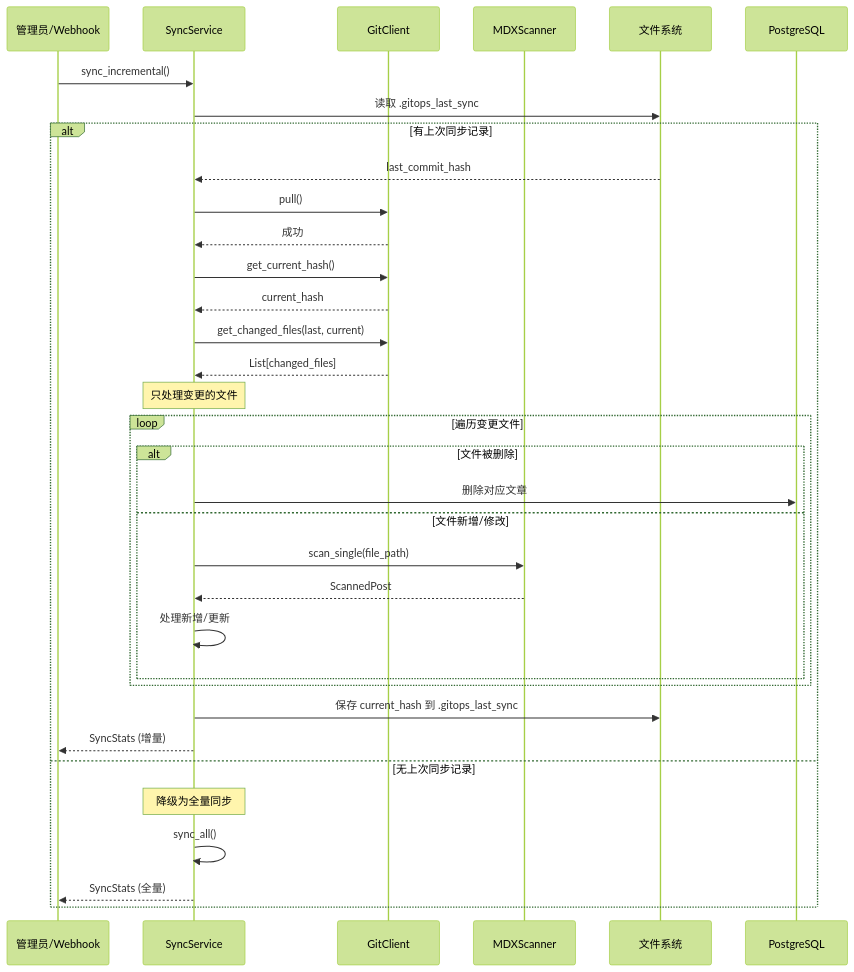
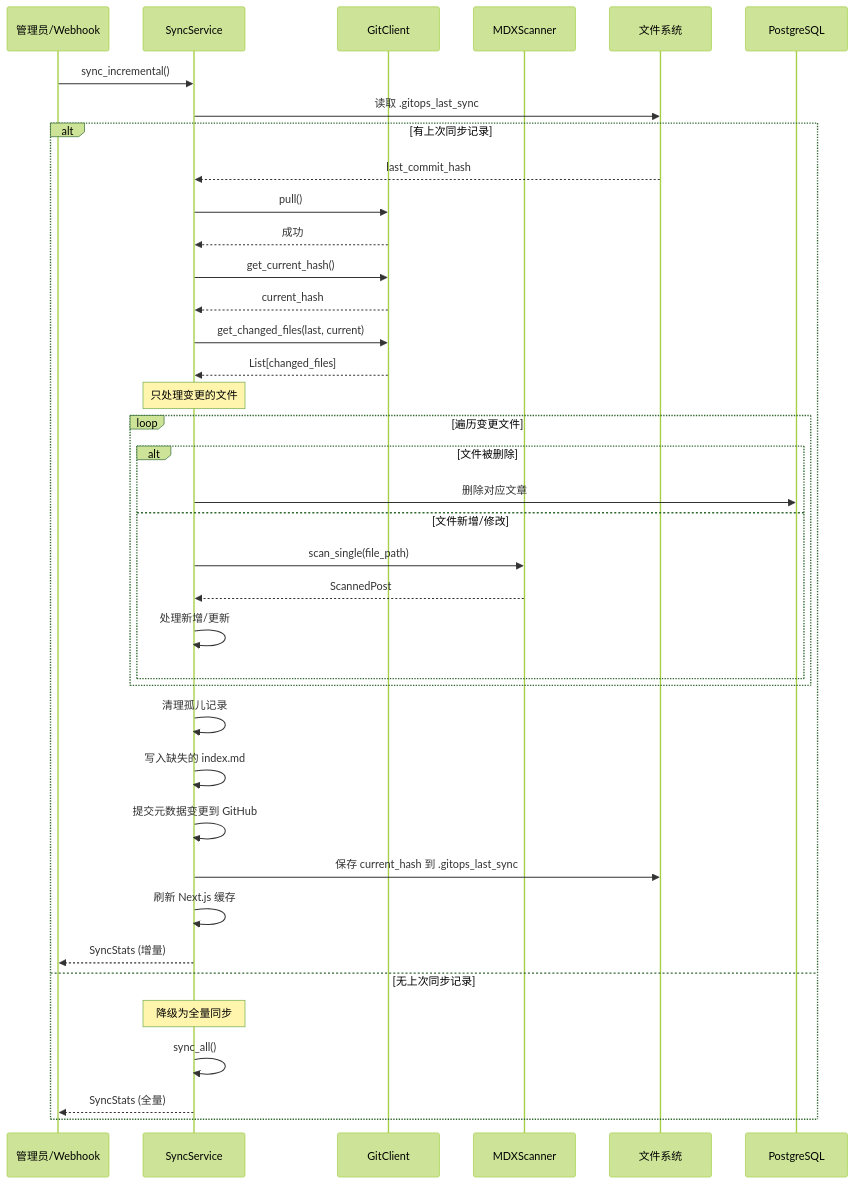
One commit to sumanin5/blog_fr changed the second of 4 diagrams in backend/app/git_ops/SYNC_FLOW_WITH_DI.md. Above: the diagram before and after it, drawn with Mermaid (forest theme). The commit also changed other lines of this file and 27 other files, not shown here.

````diff
--- a/backend/app/git_ops/SYNC_FLOW_WITH_DI.md
+++ b/backend/app/git_ops/SYNC_FLOW_WITH_DI.md
@@ -186,44 +189,48 @@
 ```mermaid
 sequenceDiagram
     participant User as 管理员/Webhook
     participant SyncSvc as SyncService
     participant GitClient as GitClient
     participant Scanner as MDXScanner
     participant FS as 文件系统
     participant DB as PostgreSQL
 
     User->>SyncSvc: sync_incremental()
 
     SyncSvc->>FS: 读取 .gitops_last_sync
     alt 有上次同步记录
         FS-->>SyncSvc: last_commit_hash
 
         SyncSvc->>GitClient: pull()
         GitClient-->>SyncSvc: 成功
 
         SyncSvc->>GitClient: get_current_hash()
         GitClient-->>SyncSvc: current_hash
 
         SyncSvc->>GitClient: get_changed_files(last, current)
         GitClient-->>SyncSvc: List[changed_files]
 
         Note over SyncSvc: 只处理变更的文件
         loop 遍历变更文件
             alt 文件被删除
                 SyncSvc->>DB: 删除对应文章
             else 文件新增/修改
                 SyncSvc->>Scanner: scan_single(file_path)
                 Scanner-->>SyncSvc: ScannedPost
                 SyncSvc->>SyncSvc: 处理新增/更新
             end
         end
 
+        SyncSvc->>SyncSvc: 清理孤儿记录
+        SyncSvc->>SyncSvc: 写入缺失的 index.md
+        SyncSvc->>SyncSvc: 提交元数据变更到 GitHub
         SyncSvc->>FS: 保存 current_hash 到 .gitops_last_sync
+        SyncSvc->>SyncSvc: 刷新 Next.js 缓存
         SyncSvc-->>User: SyncStats (增量)
 
     else 无上次同步记录
         Note over SyncSvc: 降级为全量同步
         SyncSvc->>SyncSvc: sync_all()
         SyncSvc-->>User: SyncStats (全量)
     end
 ```
````
